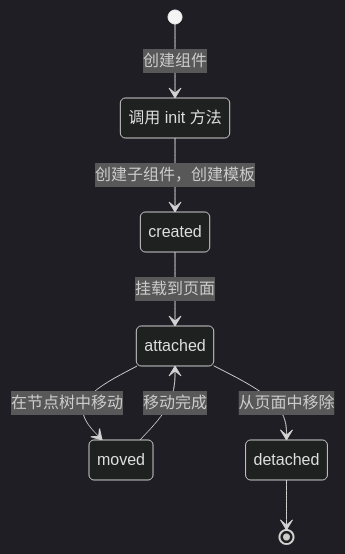
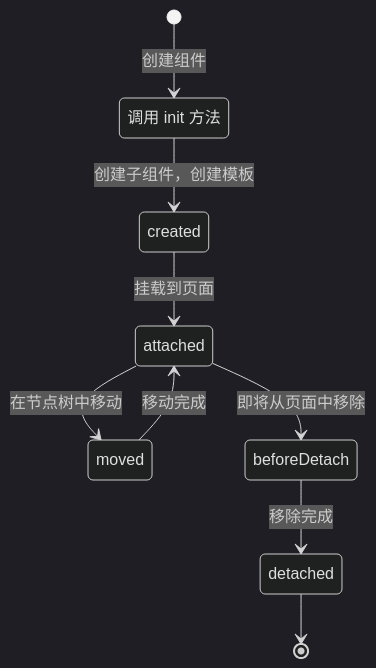
Before and after one commit to wechat-miniprogram/glass-easel: the diagram in glass-easel/guide/zh_CN/basic/lifetime.md, drawn with Mermaid (dark theme). The commit also changed other lines of this file, not shown here.

````diff
--- a/glass-easel/guide/zh_CN/basic/lifetime.md
+++ b/glass-easel/guide/zh_CN/basic/lifetime.md
@@ -36,12 +37,13 @@
 ```mermaid
 stateDiagram-v2
   init: 调用 init 方法
 
   [*] --> init: 创建组件
   init --> created: 创建子组件，创建模板
   created --> attached: 挂载到页面
   attached --> moved: 在节点树中移动
   moved --> attached: 移动完成
-  attached --> detached: 从页面中移除
+  attached --> beforeDetach: 即将从页面中移除
+  beforeDetach --> detached: 移除完成
   detached --> [*]
 ```
````
